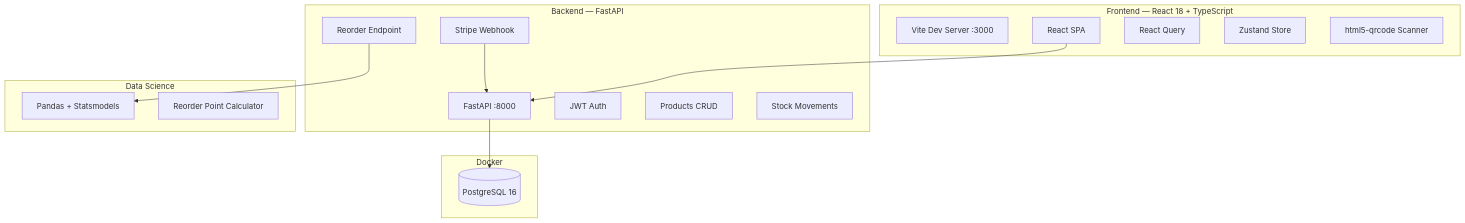
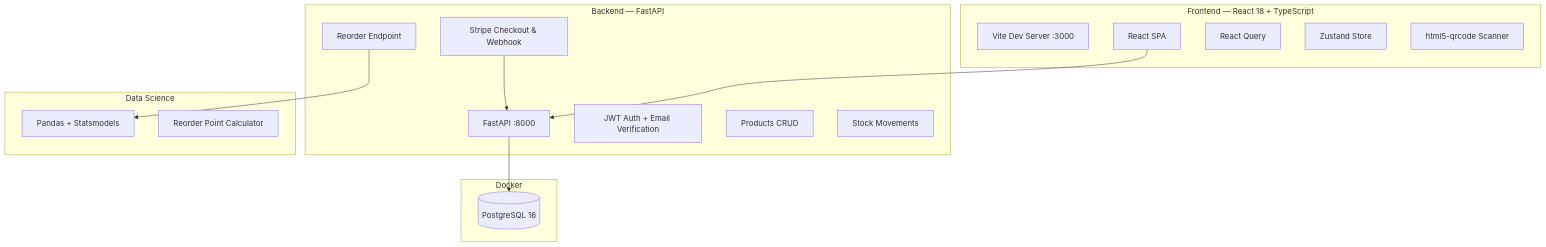
One commit to Amir-Benyahia/FluxStock changed the diagram in README.md. Above: the diagram before and after it, drawn with Mermaid. The commit also changed other lines of this file and 14 other files, not shown here.

Commit message:
feat: upgrade to Pro with Stripe, Instant Scanner, Email Verification and Security Hardening

````diff
--- a/README.md
+++ b/README.md
@@ -8,33 +8,33 @@
 ```mermaid
 graph TB
     subgraph Frontend["Frontend — React 18 + TypeScript"]
         VITE[Vite Dev Server :3000]
         REACT[React SPA]
         RQ[React Query]
         ZS[Zustand Store]
         SCAN[html5-qrcode Scanner]
     end
 
     subgraph Backend["Backend — FastAPI"]
         API[FastAPI :8000]
-        AUTH[JWT Auth]
+        AUTH[JWT Auth + Email Verification]
         CRUD[Products CRUD]
         STOCK[Stock Movements]
         FORECAST[Reorder Endpoint]
-        STRIPE[Stripe Webhook]
+        STRIPE[Stripe Checkout & Webhook]
     end
 
     subgraph DataScience["Data Science"]
         PANDAS[Pandas + Statsmodels]
         RP[Reorder Point Calculator]
     end
 
     subgraph Infrastructure["Docker"]
         PG[(PostgreSQL 16)]
     end
 
     REACT --> API
     FORECAST --> PANDAS
     API --> PG
     STRIPE --> API
 ```
````
